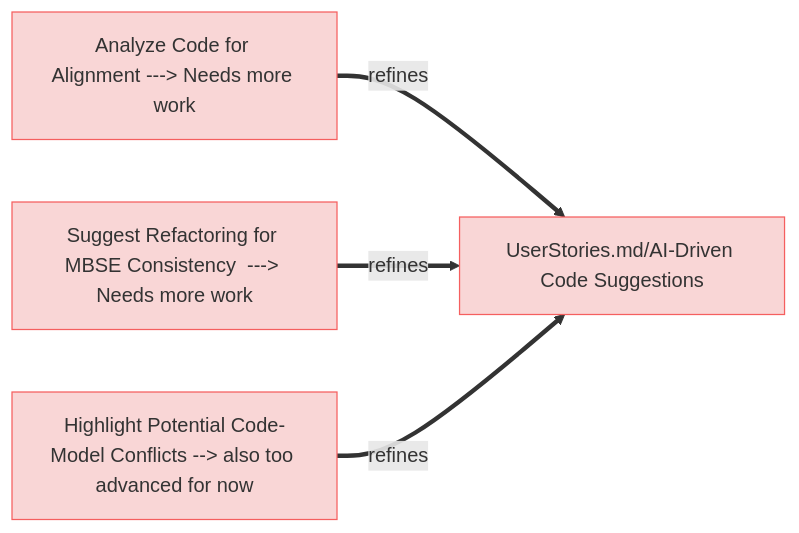
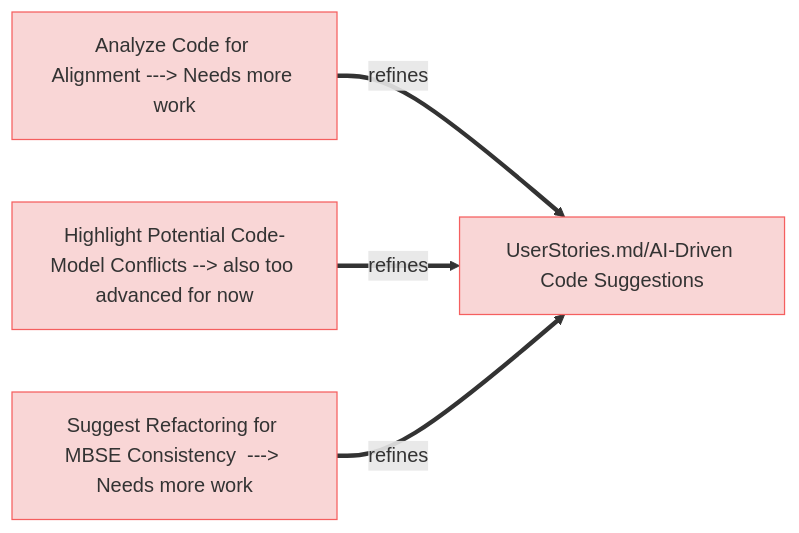
Before and after one commit to reqvire-org/reqvire: the fifth of 10 diagrams in specifications/UserRequirements.md, drawn with Mermaid. The commit also changed other lines of this file and 11 other files, not shown here.

````diff
--- a/specifications/UserRequirements.md
+++ b/specifications/UserRequirements.md
@@ -455,24 +443,24 @@
 ```mermaid
 graph LR;
   %% Graph styling
   classDef requirement fill:#f9d6d6,stroke:#f55f5f,stroke-width:1px;
   classDef verification fill:#d6f9d6,stroke:#5fd75f,stroke-width:1px;
   classDef externalLink fill:#d0e0ff,stroke:#3080ff,stroke-width:1px;
   classDef default fill:#f5f5f5,stroke:#333333,stroke-width:1px;
 
   e19f1380d9["Analyze Code for Alignment ---> Needs more work"];
   click e19f1380d9 "UserRequirements.md#analyze-code-for-alignment---->-needs-more-work";
   class e19f1380d9 requirement;
   a4657fca5a["UserStories.md/AI-Driven Code Suggestions"];
   class a4657fca5a requirement;
   click a4657fca5a "UserStories.md#ai-driven-code-suggestions";
   e19f1380d9 ==>|refines| a4657fca5a;
+  c6d300e51a["Highlight Potential Code-Model Conflicts --> also too advanced for now"];
+  click c6d300e51a "UserRequirements.md#highlight-potential-code-model-conflicts--->-also-too-advanced-for-now";
+  class c6d300e51a requirement;
+  c6d300e51a ==>|refines| a4657fca5a;
   71ba0e325e["Suggest Refactoring for MBSE Consistency  ---> Needs more work"];
   click 71ba0e325e "UserRequirements.md#suggest-refactoring-for-mbse-consistency----->-needs-more-work";
   class 71ba0e325e requirement;
   71ba0e325e ==>|refines| a4657fca5a;
-  c6d300e51a["Highlight Potential Code-Model Conflicts --> also too advanced for now"];
-  click c6d300e51a "UserRequirements.md#highlight-potential-code-model-conflicts--->-also-too-advanced-for-now";
-  class c6d300e51a requirement;
-  c6d300e51a ==>|refines| a4657fca5a;
 ```
````
